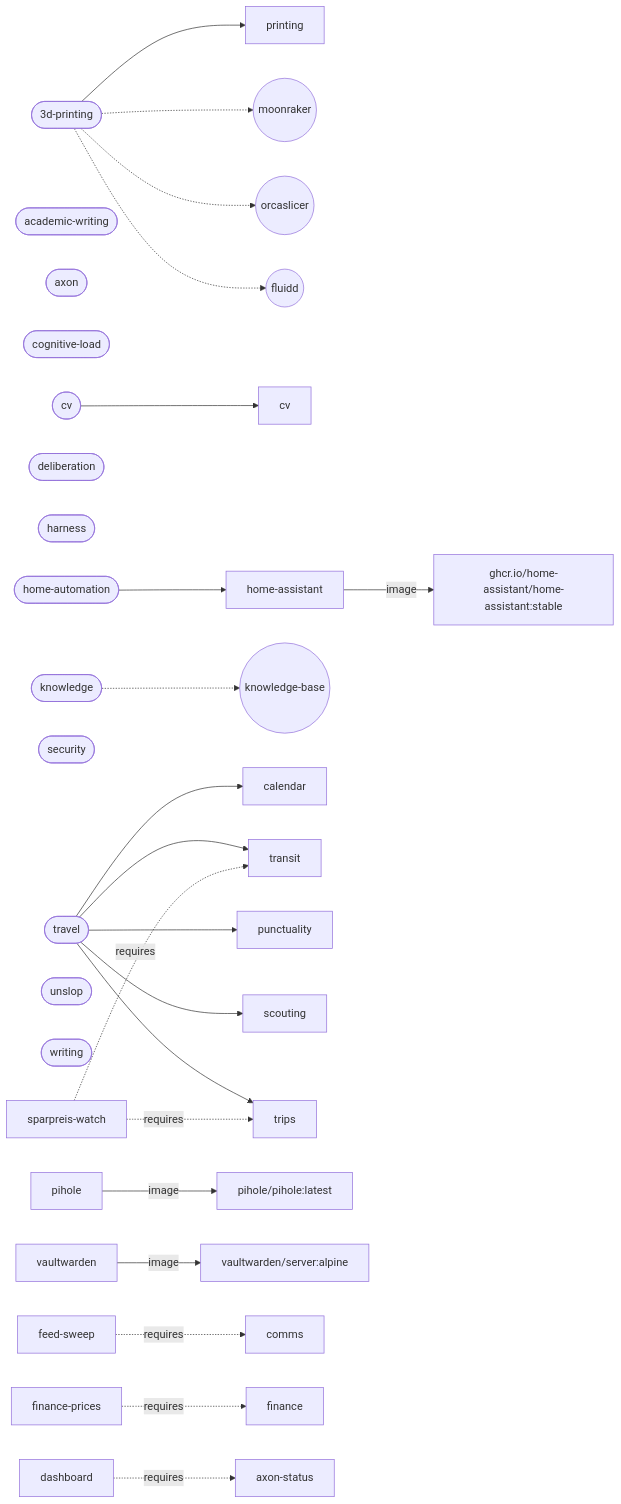
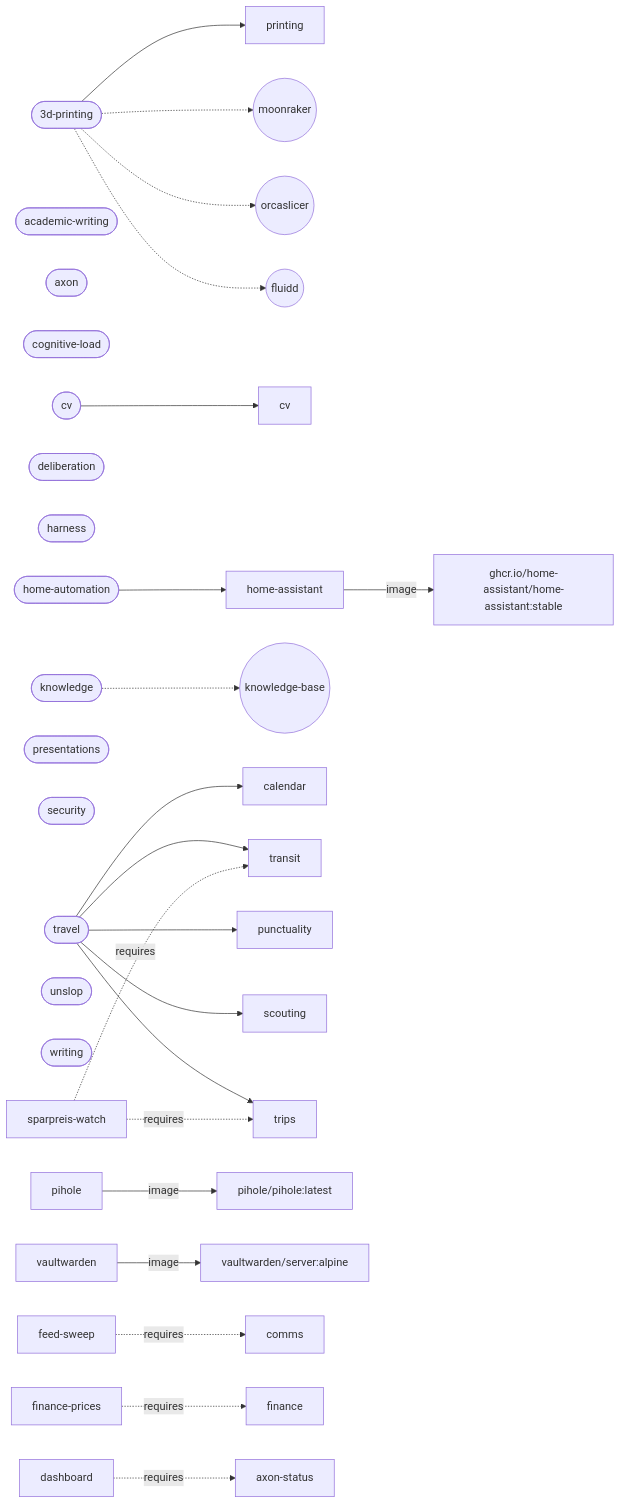
Before and after one commit to larsboes/Axon: the diagram in ARCHITECTURE.md, drawn with Mermaid. The commit also changed other lines of this file and 51 other files, not shown here.

````diff
--- a/ARCHITECTURE.md
+++ b/ARCHITECTURE.md
@@ -149,36 +150,37 @@
 ```mermaid
 flowchart LR
   pack_3d_printing(["3d-printing"])
   pack_3d_printing --> cap_printing["printing"]
   pack_3d_printing -.-> sys_moonraker(("moonraker"))
   pack_3d_printing -.-> sys_orcaslicer(("orcaslicer"))
   pack_3d_printing -.-> sys_fluidd(("fluidd"))
   pack_academic_writing(["academic-writing"])
   pack_axon(["axon"])
   pack_cognitive_load(["cognitive-load"])
   pack_cv(["cv"])
   pack_cv --> cap_cv["cv"]
   pack_deliberation(["deliberation"])
   pack_harness(["harness"])
   pack_home_automation(["home-automation"])
   pack_home_automation --> cap_home_assistant["home-assistant"]
   pack_knowledge(["knowledge"])
   pack_knowledge -.-> sys_knowledge_base(("knowledge-base"))
+  pack_presentations(["presentations"])
   pack_security(["security"])
   pack_travel(["travel"])
   pack_travel --> cap_calendar["calendar"]
   pack_travel --> cap_transit["transit"]
   pack_travel --> cap_punctuality["punctuality"]
   pack_travel --> cap_scouting["scouting"]
   pack_travel --> cap_trips["trips"]
   pack_unslop(["unslop"])
   pack_writing(["writing"])
   cap_home_assistant["home-assistant"] -->|image| img_ghcr_io_home_assistant_home_assistant["ghcr.io/home-assistant/home-assistant:stable"]
   cap_pihole["pihole"] -->|image| img_pihole_pihole["pihole/pihole:latest"]
   cap_vaultwarden["vaultwarden"] -->|image| img_vaultwarden_server["vaultwarden/server:alpine"]
   cap_feed_sweep["feed-sweep"] -.->|requires| cap_comms["comms"]
   cap_finance_prices["finance-prices"] -.->|requires| cap_finance["finance"]
   cap_sparpreis_watch["sparpreis-watch"] -.->|requires| cap_transit["transit"]
   cap_sparpreis_watch["sparpreis-watch"] -.->|requires| cap_trips["trips"]
   cap_dashboard["dashboard"] -.->|requires| cap_axon_status["axon-status"]
 ```
````
